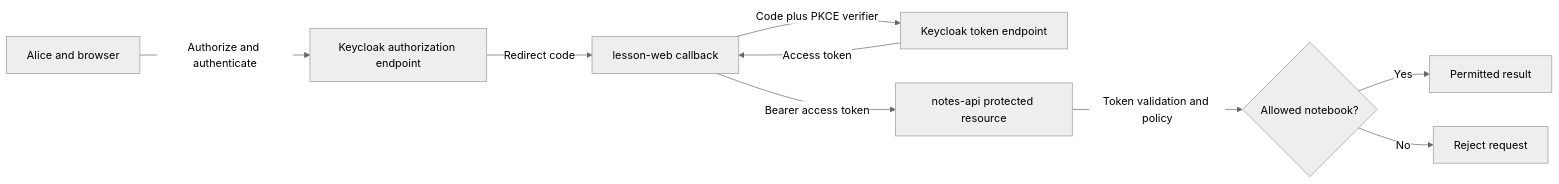
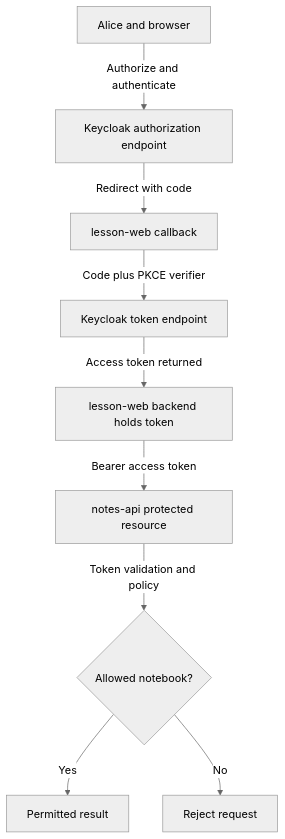
One commit to MSKazemi/security changed the first of 3 diagrams in docs/11-authorization-code-vs-access-token.md. Above: the diagram before and after it, drawn with Mermaid (neutral theme). The commit also changed 22 other files, not shown here.

First line of the commit message:
Publish complete 17-chapter teaching set: roadmap, flows, device flow, deployment, BFF, keycloak-js and CDN chapters with text-first slides

````diff
--- a/docs/11-authorization-code-vs-access-token.md
+++ b/docs/11-authorization-code-vs-access-token.md
@@ -38,11 +38,11 @@
 ```mermaid
-flowchart LR
+flowchart TB
     U["Alice and browser"] -->|"Authorize and authenticate"| K["Keycloak authorization endpoint"]
-    K -->|"Redirect code"| C["lesson-web callback"]
+    K -->|"Redirect with code"| C["lesson-web callback"]
     C -->|"Code plus PKCE verifier"| T["Keycloak token endpoint"]
-    T -->|"Access token"| C
-    C -->|"Bearer access token"| A["notes-api protected resource"]
+    T -->|"Access token returned"| C2["lesson-web backend holds token"]
+    C2 -->|"Bearer access token"| A["notes-api protected resource"]
     A -->|"Token validation and policy"| P{"Allowed notebook?"}
     P -->|"Yes"| OK["Permitted result"]
     P -->|"No"| NO["Reject request"]
 ```
````
